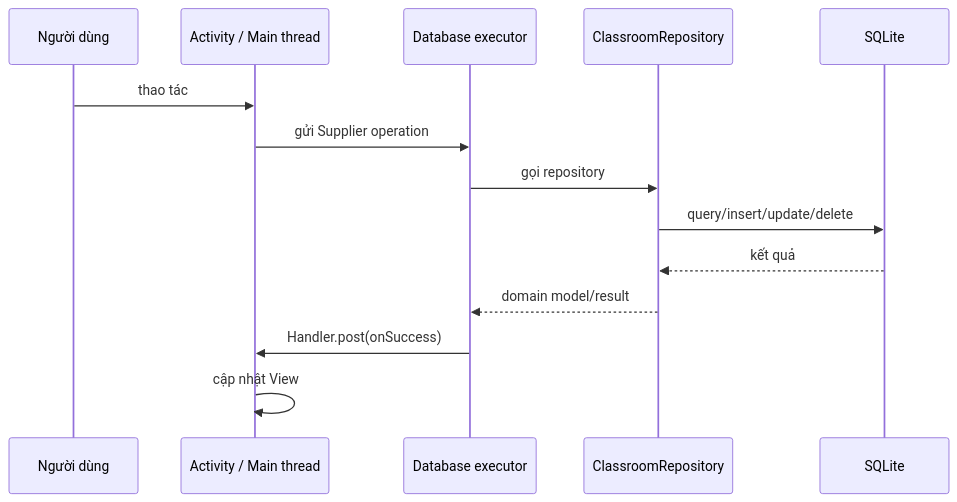
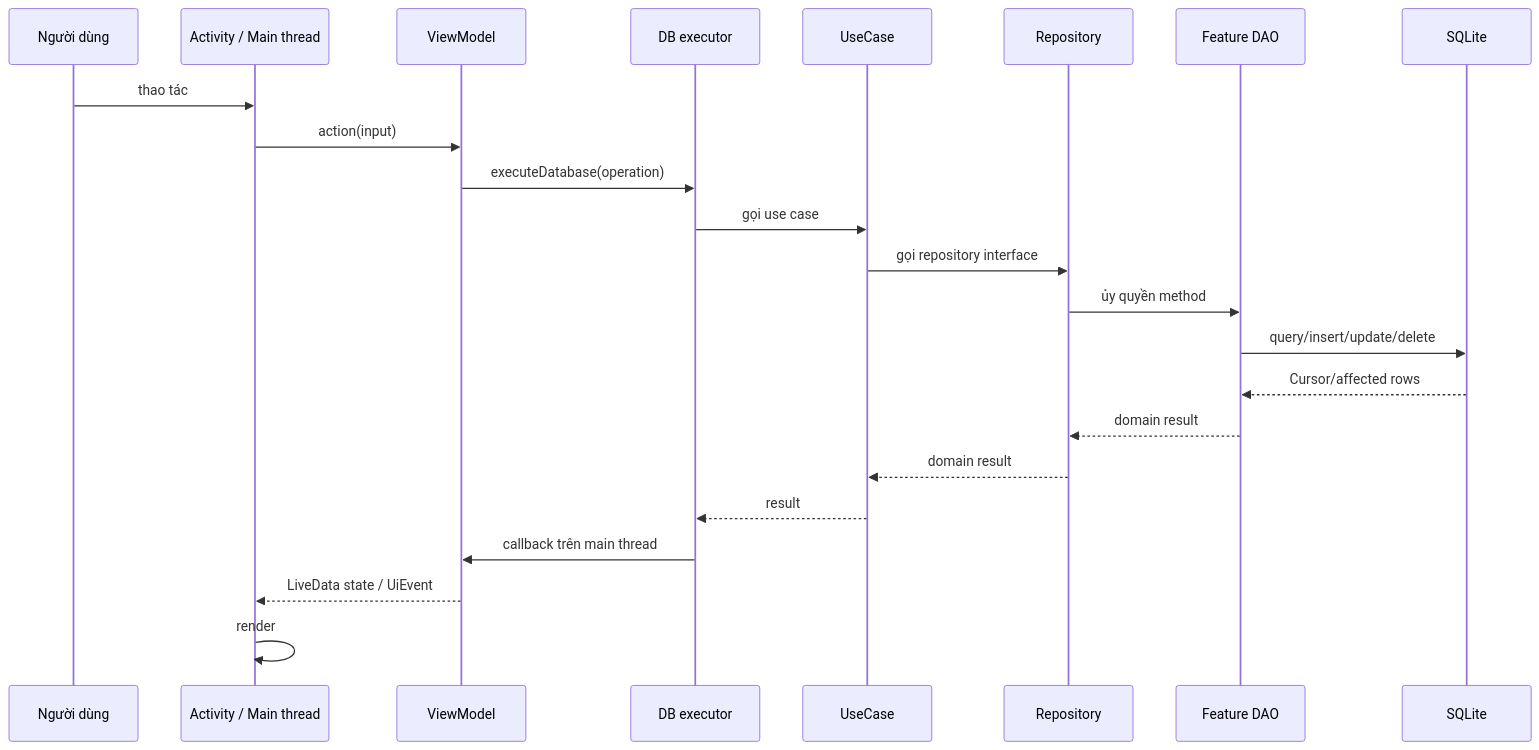
Before and after one commit to hngo120104/MobileAppAssignment: the third of 7 diagrams in KIEN_TRUC_VA_LUONG_HOAT_DONG.md, drawn with Mermaid. The commit also changed other lines of this file and 67 other files, not shown here.

````diff
--- a/KIEN_TRUC_VA_LUONG_HOAT_DONG.md
+++ b/KIEN_TRUC_VA_LUONG_HOAT_DONG.md
@@ -194,17 +245,26 @@
 ```mermaid
 sequenceDiagram
     participant User as Người dùng
-    participant UI as Activity / Main thread
-    participant Worker as Database executor
-    participant Repo as ClassroomRepository
+    participant View as Activity / Main thread
+    participant VM as ViewModel
+    participant Worker as DB executor
+    participant UC as UseCase
+    participant Repo as Repository
+    participant DAO as Feature DAO
     participant DB as SQLite
 
-    User->>UI: thao tác
-    UI->>Worker: gửi Supplier operation
-    Worker->>Repo: gọi repository
-    Repo->>DB: query/insert/update/delete
-    DB-->>Repo: kết quả
-    Repo-->>Worker: domain model/result
-    Worker->>UI: Handler.post(onSuccess)
-    UI->>UI: cập nhật View
+    User->>View: thao tác
+    View->>VM: action(input)
+    VM->>Worker: executeDatabase(operation)
+    Worker->>UC: gọi use case
+    UC->>Repo: gọi repository interface
+    Repo->>DAO: ủy quyền method
+    DAO->>DB: query/insert/update/delete
+    DB-->>DAO: Cursor/affected rows
+    DAO-->>Repo: domain result
+    Repo-->>UC: domain result
+    UC-->>Worker: result
+    Worker->>VM: callback trên main thread
+    VM-->>View: LiveData state / UiEvent
+    View->>View: render
 ```
````
